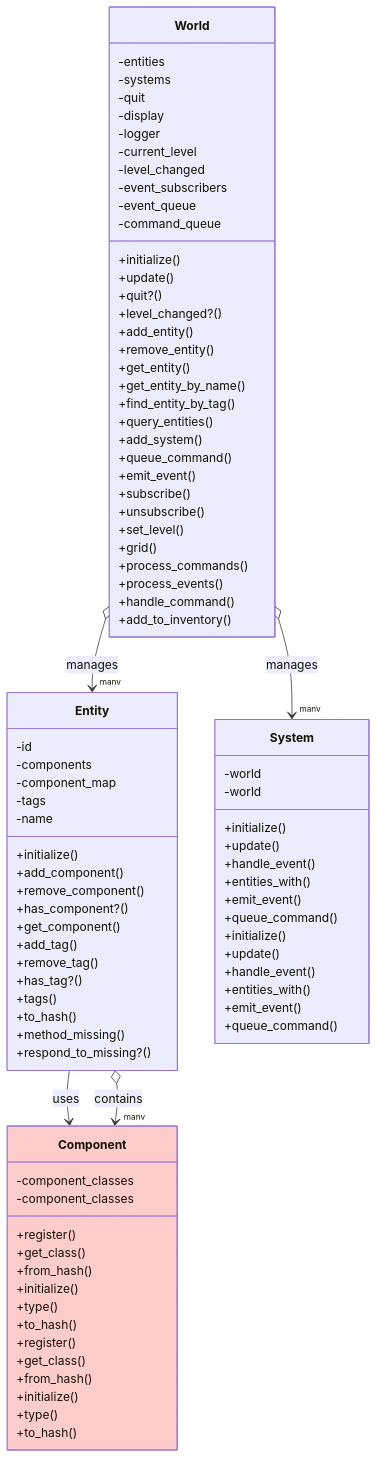
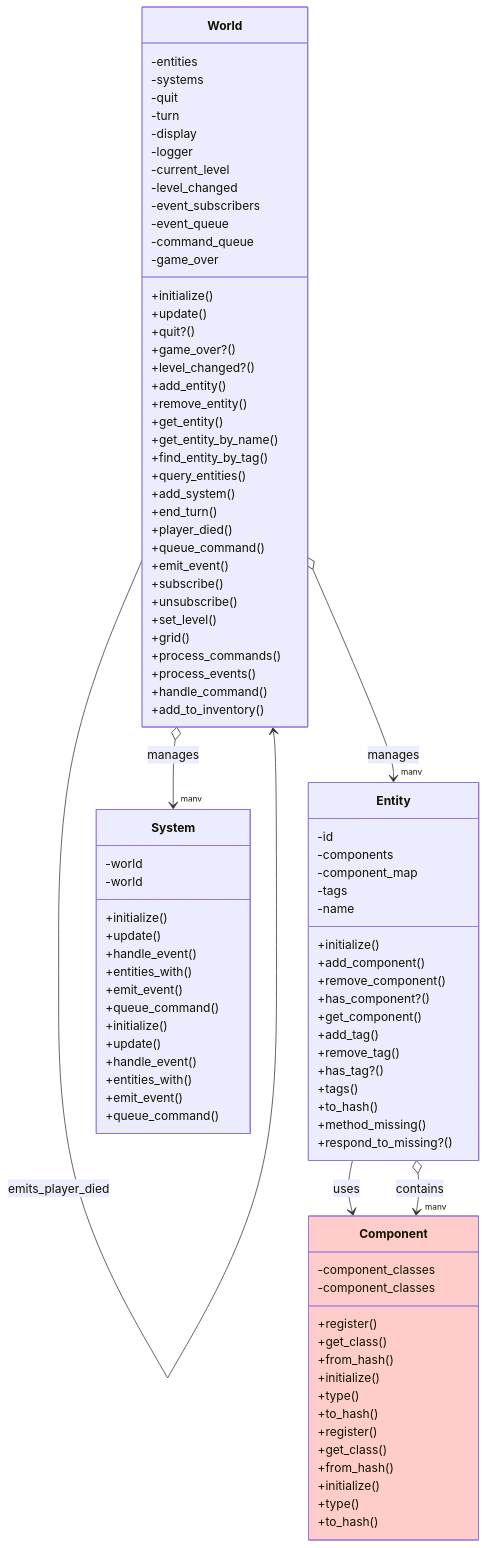
Before and after one commit to Davidslv/vanilla-roguelike: the diagram in docs/diagrams/core.mmd, drawn with Mermaid. The commit also changed 19 other files, not shown here.

```diff
--- a/docs/diagrams/core.mmd
+++ b/docs/diagrams/core.mmd
@@ -1,101 +1,108 @@
 classDiagram
   subgraph Core
     class Component {
       -component_classes
       +register()
       +get_class()
       +from_hash()
       +initialize()
       +type()
       +to_hash()
     }
     class Entity {
       -id
       -components
       -component_map
       -tags
       -name
       +initialize()
       +add_component()
       +remove_component()
       +has_component?()
       +get_component()
       +add_tag()
       +remove_tag()
       +has_tag?()
       +tags()
       +to_hash()
       +method_missing()
       +respond_to_missing?()
     }
     class System {
       -world
       +initialize()
       +update()
       +handle_event()
       +entities_with()
       +emit_event()
       +queue_command()
     }
     class World {
       -entities
       -systems
       -quit
+      -turn
       -display
       -logger
       -current_level
       -level_changed
       -event_subscribers
       -event_queue
       -command_queue
+      -game_over
       +initialize()
       +update()
       +quit?()
+      +game_over?()
       +level_changed?()
       +add_entity()
       +remove_entity()
       +get_entity()
       +get_entity_by_name()
       +find_entity_by_tag()
       +query_entities()
       +add_system()
+      +end_turn()
+      +player_died()
       +queue_command()
       +emit_event()
       +subscribe()
       +unsubscribe()
       +set_level()
       +grid()
       +process_commands()
       +process_events()
       +handle_command()
       +add_to_inventory()
     }
   end
   subgraph Components
     class Component {
       -component_classes
       +register()
       +get_class()
       +from_hash()
       +initialize()
       +type()
       +to_hash()
     }
     style Component fill:#ffcccc
   end
   subgraph Systems
     class System {
       -world
       +initialize()
       +update()
       +handle_event()
       +entities_with()
       +emit_event()
       +queue_command()
     }
   end
   %% Relationships
   Entity --> Component : uses
+  World --> World :  emits_turn_ended
+  World --> World :  emits_player_died
   Entity o--> "many" Component : contains
   World o--> "many" Entity : manages
   World o--> "many" System : manages
```
